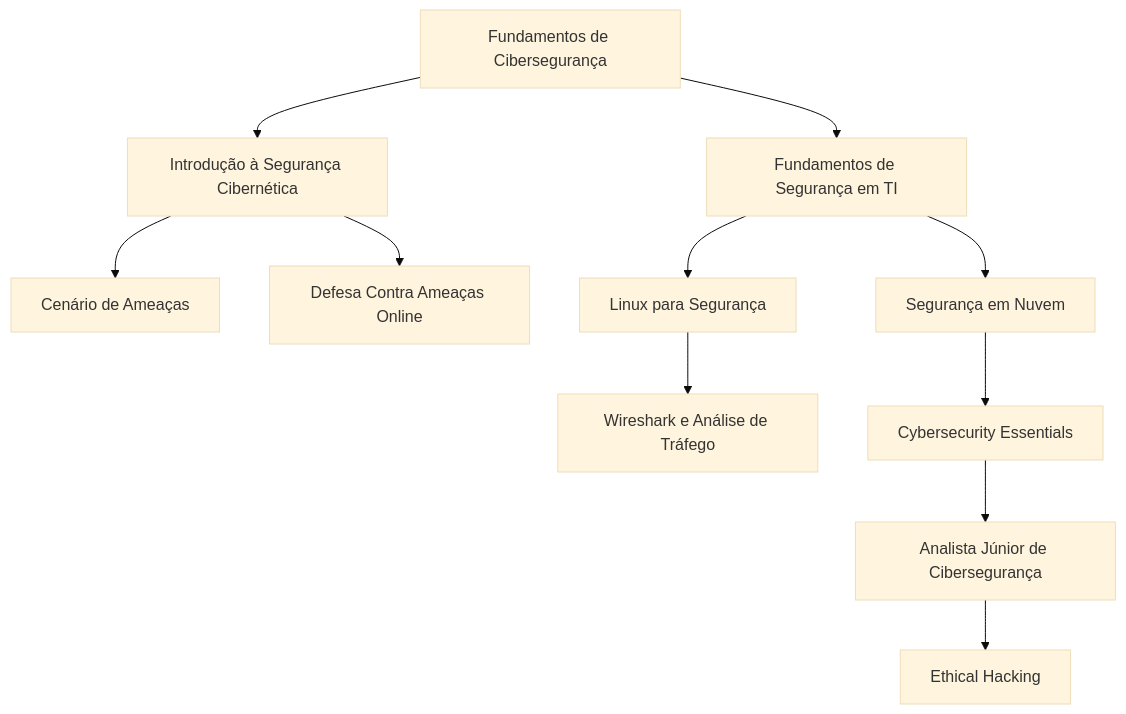
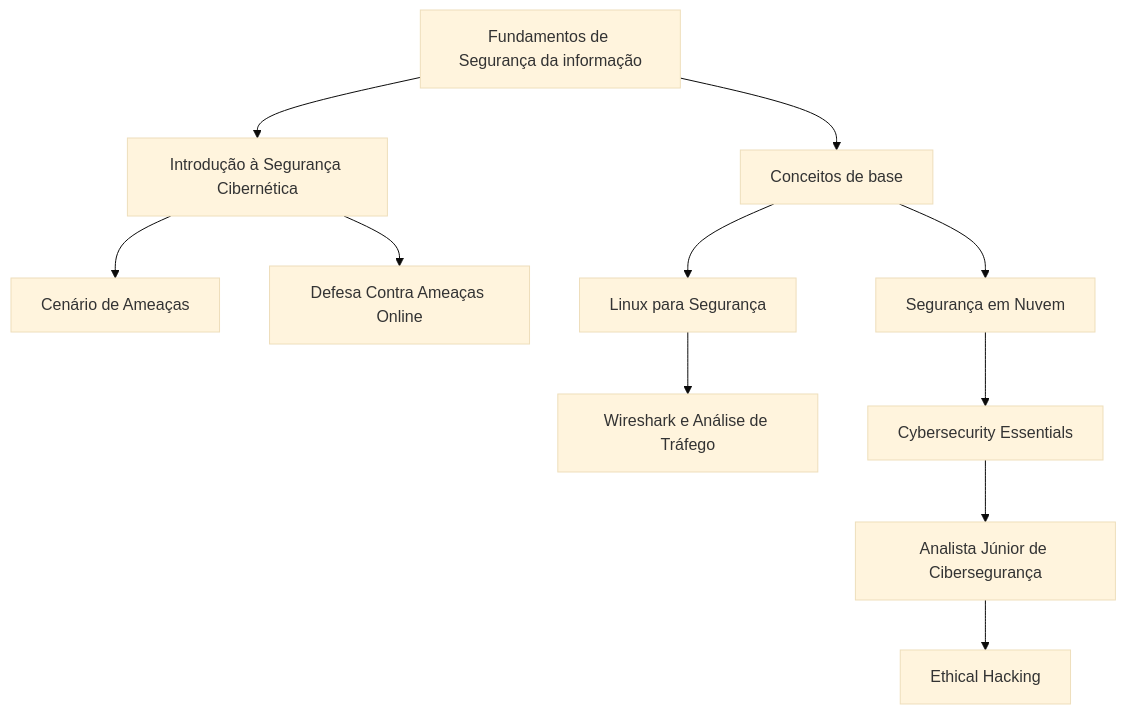
One commit to socialhiveconnect/Seg.Info changed the diagram in fundamentos/README.md. Above: the diagram before and after it, drawn with Mermaid (base theme). The commit also changed other lines of this file, not shown here.

````diff
--- a/fundamentos/README.md
+++ b/fundamentos/README.md
@@ -23,13 +12,13 @@
 ```mermaid
     graph TD;
-      A[Fundamentos de Cibersegurança]-->B[Introdução à Segurança Cibernética];
-      A-->C[Fundamentos de Segurança em TI];
+      A[Fundamentos de Segurança da informação]-->B[Introdução à Segurança Cibernética];
+      A-->C[Conceitos de base];
       B-->D[Cenário de Ameaças];
       B-->E[Defesa Contra Ameaças Online];
       C-->F[Segurança em Nuvem];
       C-->G[Linux para Segurança];
       G-->H[Wireshark e Análise de Tráfego];
       F-->I[Cybersecurity Essentials];
       I-->J[Analista Júnior de Cibersegurança];
       J-->K[Ethical Hacking];
 ```
````
